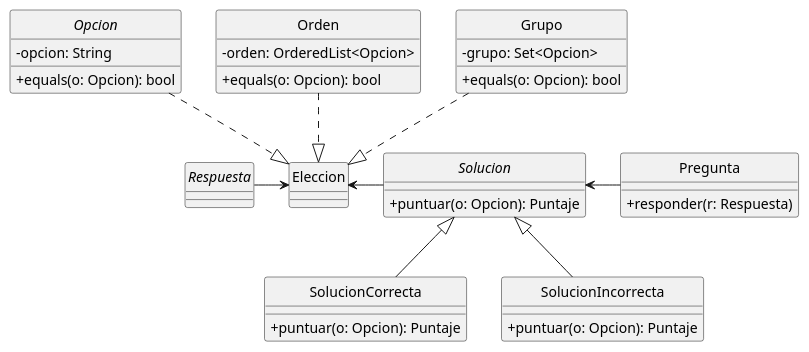
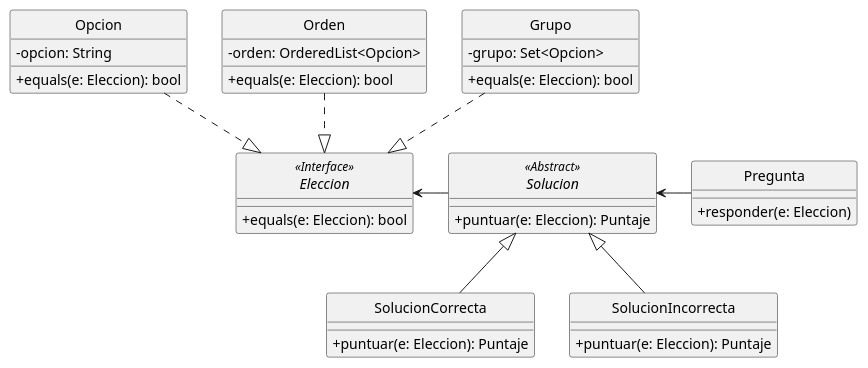
One commit to fiuba/algo3_proyecto_base_tp2 changed the diagram in diagrams/classes/entrega2/Opciones2.puml. Above: the diagram before and after it, drawn with PlantUML. The commit also changed 7 other files, not shown here.

```diff
--- a/diagrams/classes/entrega2/Opciones2.puml
+++ b/diagrams/classes/entrega2/Opciones2.puml
@@ -1,48 +1,49 @@
 @startuml DiagramaGroupChoice
 
 skinparam monochrome true
 hide circle
 skinparam classAttributeIconSize 0
 
 class Pregunta {
-    + responder(r: Respuesta)
+    + responder(e: Eleccion)
 }
 
-interface Solucion {
-    + puntuar(o: Opcion): Puntaje
+abstract Solucion <<Abstract>> {
+    + puntuar(e: Eleccion): Puntaje
 }
 
 class SolucionCorrecta extends Solucion {
-    + puntuar(o: Opcion): Puntaje
+    + puntuar(e: Eleccion): Puntaje
 }
 
 class SolucionIncorrecta extends Solucion {
-    + puntuar(o: Opcion): Puntaje
+    + puntuar(e: Eleccion): Puntaje
 }
 
-abstract Opcion {
+class Opcion {
     - opcion: String
-    + equals(o: Opcion): bool
+    + equals(e: Eleccion): bool
 }
 
-interface Respuesta {
-
-}
 
 Solucion <- Pregunta
 Solucion -left-> Eleccion
 class Orden {
     - orden: OrderedList<Opcion>
-    + equals(o: Opcion): bool
+    + equals(e: Eleccion): bool
 }
 
 class Grupo {
     - grupo: Set<Opcion>
-    + equals(o: Opcion): bool
+    + equals(e: Eleccion): bool
 }
+
+interface Eleccion <<Interface>> {
+    + equals(e: Eleccion): bool
+}
+
 Orden .down.|> Eleccion
 Grupo .down.|> Eleccion
 Opcion .down.|> Eleccion
 
-Respuesta -> Eleccion
 @enduml
```
